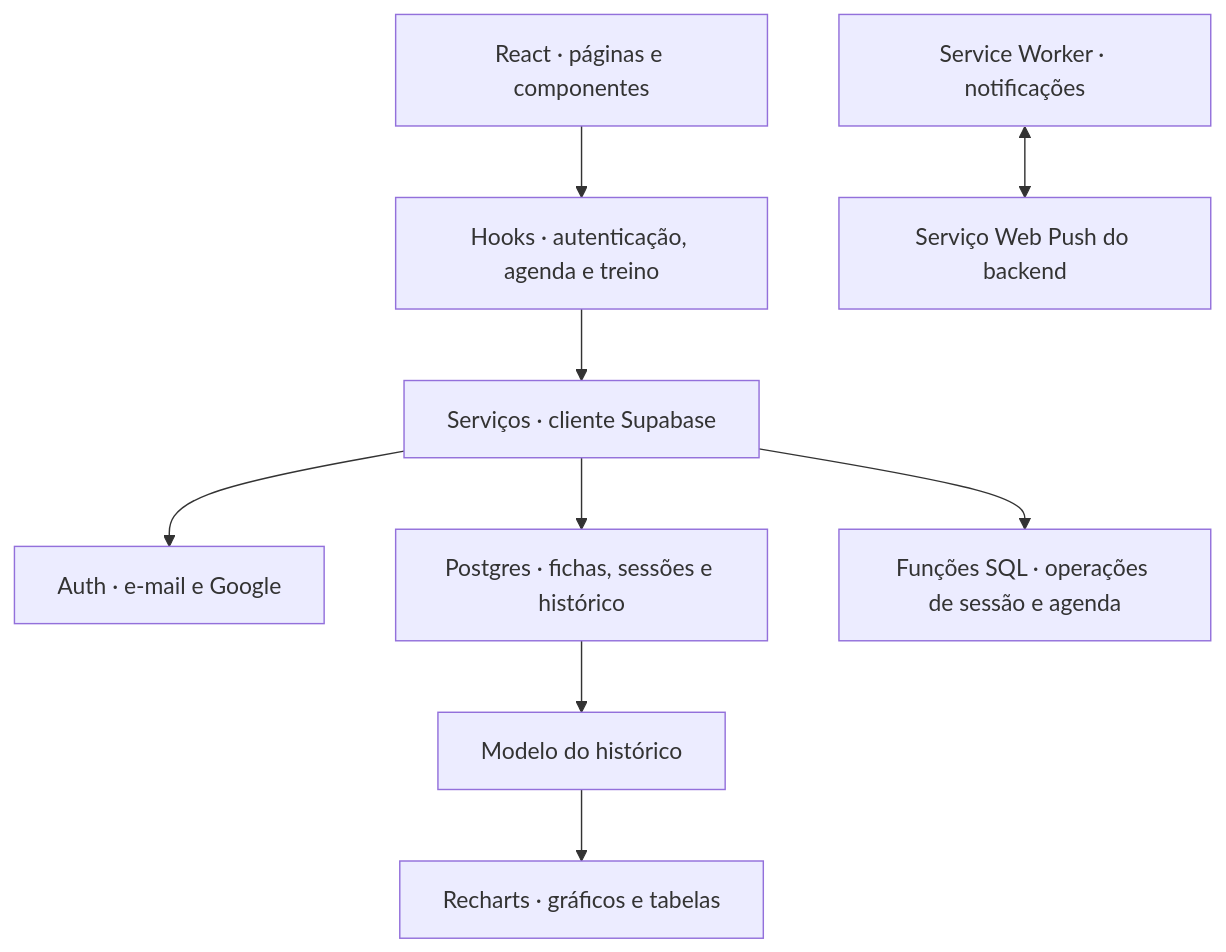
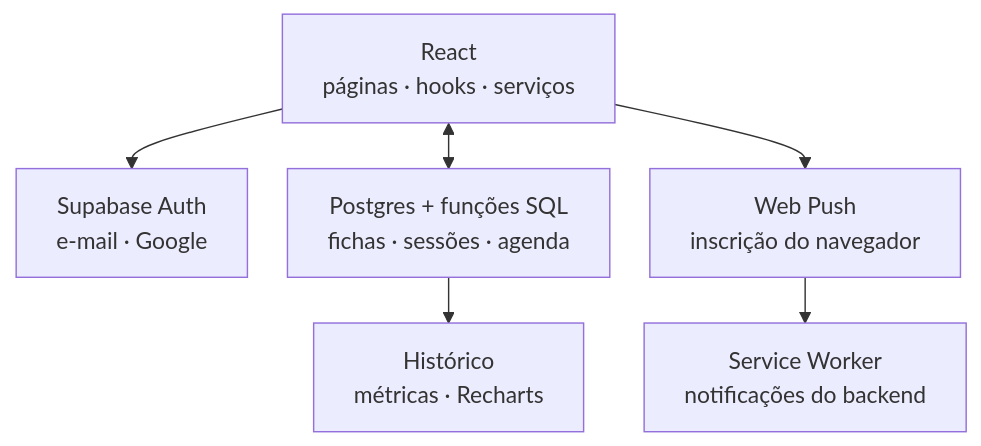
Before and after one commit to MateusMonteiro11/gym.io: the second of 2 diagrams in README.md, drawn with Mermaid. The commit also changed other lines of this file, not shown here.

````diff
--- a/README.md
+++ b/README.md
@@ -191,11 +194,16 @@
 ```mermaid
-flowchart TD
-    UI[React · páginas e componentes] --> H[Hooks · autenticação, agenda e treino]
-    H --> S[Serviços · cliente Supabase]
-    S --> A[Auth · e-mail e Google]
-    S --> DB[Postgres · fichas, sessões e histórico]
-    S --> RPC[Funções SQL · operações de sessão e agenda]
-    DB --> M[Modelo do histórico]
-    M --> G[Recharts · gráficos e tabelas]
-    SW[Service Worker · notificações] <--> P[Serviço Web Push do backend]
+---
+config:
+  flowchart:
+    diagramPadding: 12
+    nodeSpacing: 28
+    rankSpacing: 32
+    padding: 14
+---
+flowchart TB
+    APP["React<br/>páginas · hooks · serviços"] --> AUTH["Supabase Auth<br/>e-mail · Google"]
+    APP <--> DB["Postgres + funções SQL<br/>fichas · sessões · agenda"]
+    APP --> PUSH["Web Push<br/>inscrição do navegador"]
+    DB --> HIST["Histórico<br/>métricas · Recharts"]
+    PUSH --> SW["Service Worker<br/>notificações do backend"]
 ```
````
